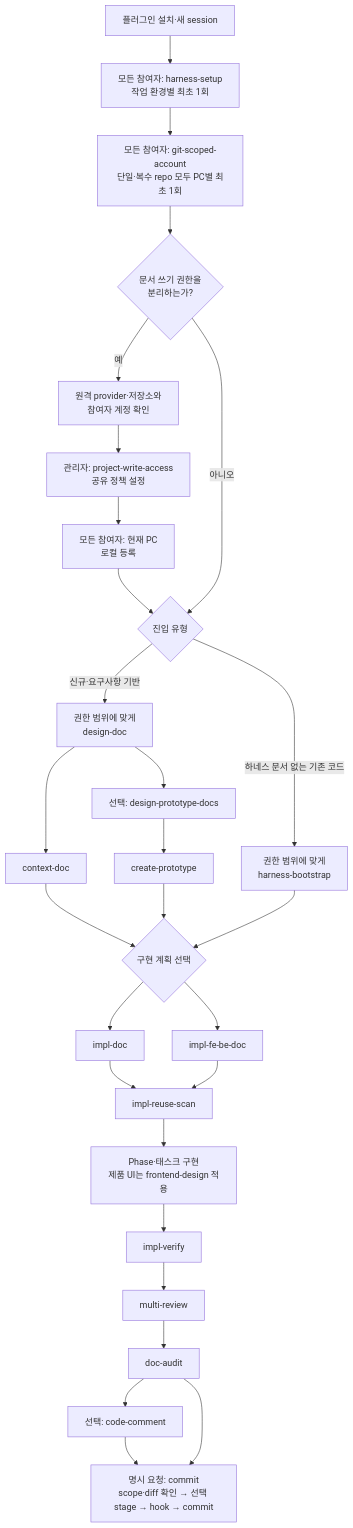
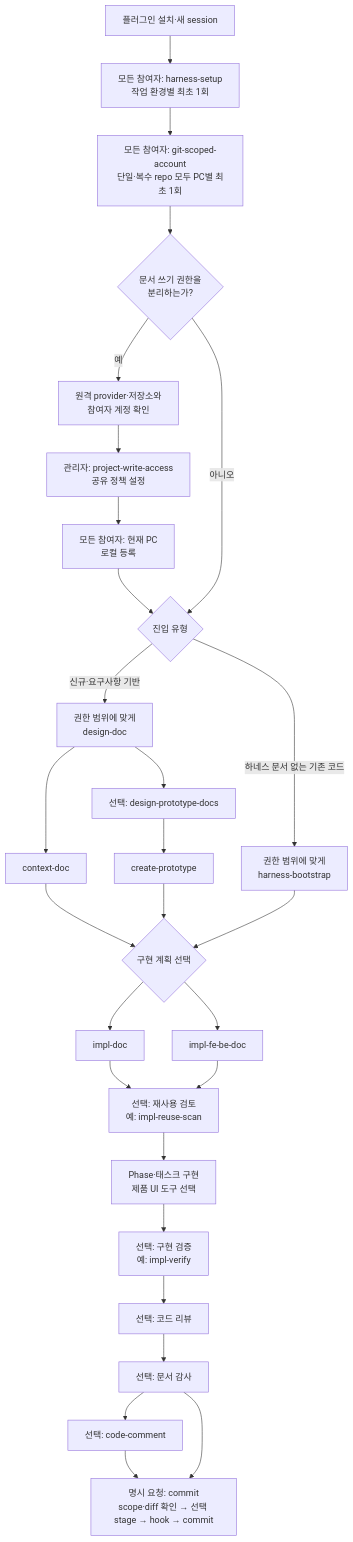
The first of 2 diagrams in .user-docs/Harness_Engineering.md (hb9397/ai-agent-harness-docs), drawn with Mermaid before and after one commit. The commit also changed other lines of this file and 114 other files, not shown here.

````diff
--- a/.user-docs/Harness_Engineering.md
+++ b/.user-docs/Harness_Engineering.md
@@ -211,30 +211,30 @@
 ```mermaid
 flowchart TD
     S["플러그인 설치·새 session"] --> H["모든 참여자: harness-setup<br/>작업 환경별 최초 1회"]
     H --> GA["모든 참여자: git-scoped-account<br/>단일·복수 repo 모두 PC별 최초 1회"]
     GA --> A{"문서 쓰기 권한을<br/>분리하는가?"}
     A -->|"예"| RP["원격 provider·저장소와<br/>참여자 계정 확인"]
     RP --> PA["관리자: project-write-access<br/>공유 정책 설정"]
     PA --> LE["모든 참여자: 현재 PC<br/>로컬 등록"]
     A -->|"아니오"| X{"진입 유형"}
     LE --> X
     X -->|"신규·요구사항 기반"| D["권한 범위에 맞게<br/>design-doc"]
     X -->|"하네스 문서 없는 기존 코드"| B["권한 범위에 맞게<br/>harness-bootstrap"]
     D --> C["context-doc"]
     D --> P["선택: design-prototype-docs"]
     P --> CP["create-prototype"]
     C --> I{"구현 계획 선택"}
     B --> I
     CP --> I
     I --> ID["impl-doc"]
     I --> IF["impl-fe-be-doc"]
-    ID --> RS["impl-reuse-scan"]
+    ID --> RS["선택: 재사용 검토<br/>예: impl-reuse-scan"]
     IF --> RS
-    RS --> W["Phase·태스크 구현<br/>제품 UI는 frontend-design 적용"]
-    W --> IV["impl-verify"]
-    IV --> MR["multi-review"]
-    MR --> DA["doc-audit"]
+    RS --> W["Phase·태스크 구현<br/>제품 UI 도구 선택"]
+    W --> IV["선택: 구현 검증<br/>예: impl-verify"]
+    IV --> MR["선택: 코드 리뷰"]
+    MR --> DA["선택: 문서 감사"]
     DA --> CO["선택: code-comment"]
     DA --> CM["명시 요청: commit<br/>scope·diff 확인 → 선택 stage → hook → commit"]
     CO --> CM
 ```
````
